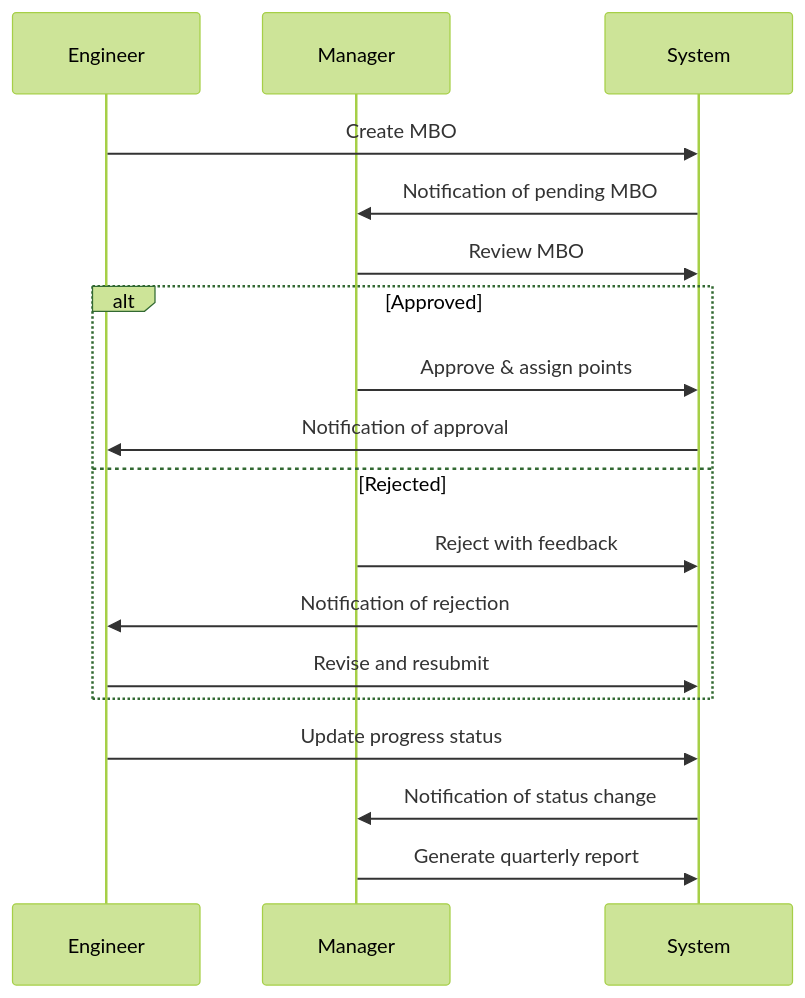
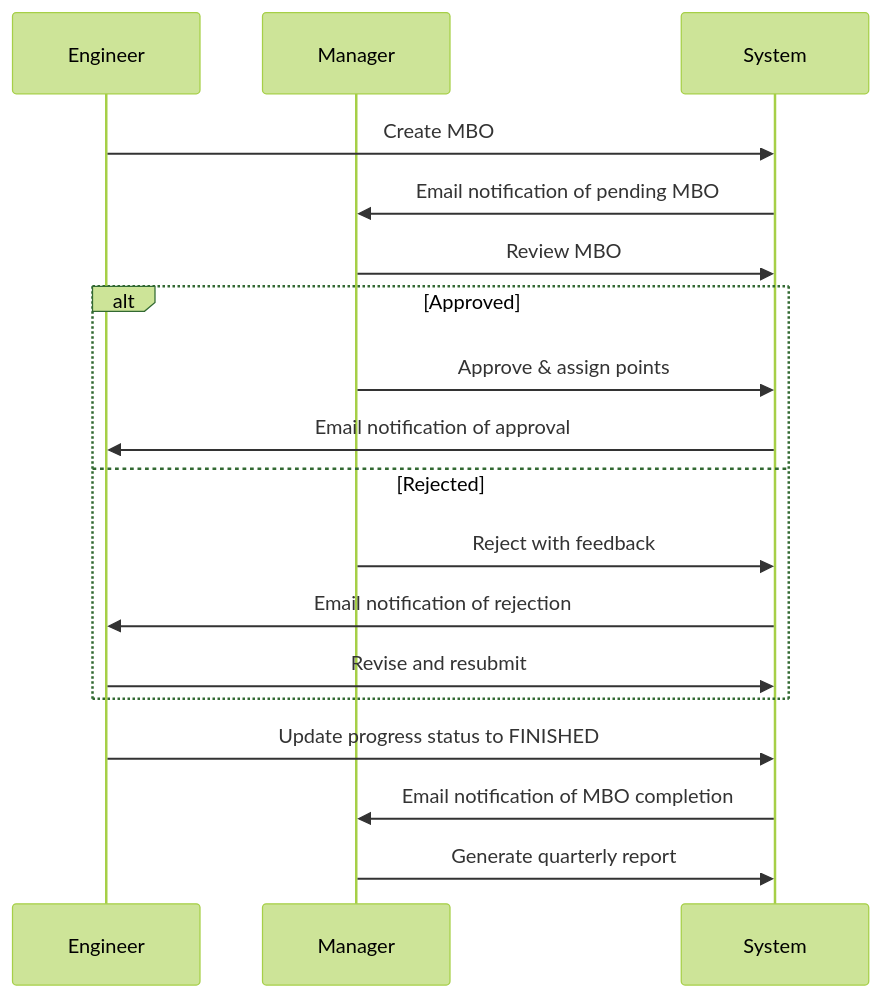
Before and after one commit to angietd94/mbo-tracker: the third of 3 diagrams in README.md, drawn with Mermaid (forest theme). The commit also changed other lines of this file and 39 other files, not shown here.

````diff
--- a/README.md
+++ b/README.md
@@ -347,21 +409,21 @@
 ```mermaid
 sequenceDiagram
     participant Engineer
     participant Manager
     participant System
     
     Engineer->>System: Create MBO
-    System->>Manager: Notification of pending MBO
+    System->>Manager: Email notification of pending MBO
     Manager->>System: Review MBO
     alt Approved
         Manager->>System: Approve & assign points
-        System->>Engineer: Notification of approval
+        System->>Engineer: Email notification of approval
     else Rejected
         Manager->>System: Reject with feedback
-        System->>Engineer: Notification of rejection
+        System->>Engineer: Email notification of rejection
         Engineer->>System: Revise and resubmit
     end
-    Engineer->>System: Update progress status
-    System->>Manager: Notification of status change
+    Engineer->>System: Update progress status to FINISHED
+    System->>Manager: Email notification of MBO completion
     Manager->>System: Generate quarterly report
 ```
````
